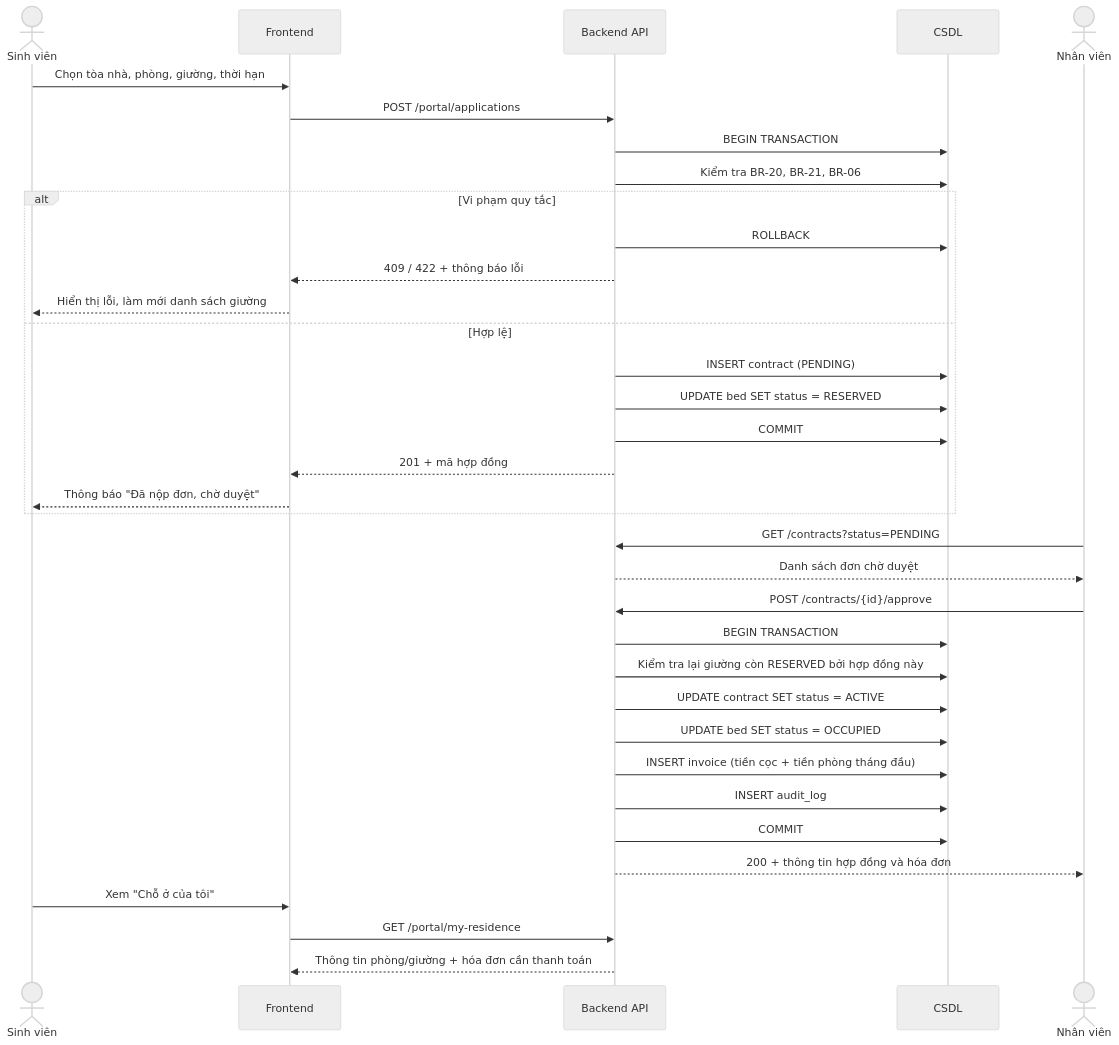
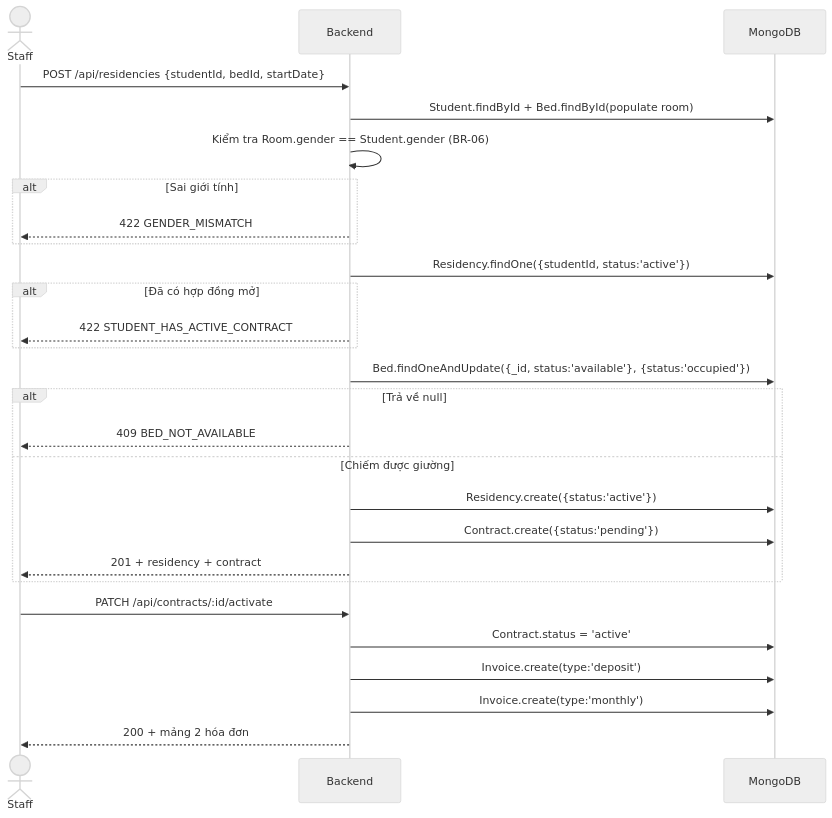
One commit to NguyenMinh205/FE_QuanLyKTX changed the ninth of 11 diagrams in docs/03-PHAN-TICH-NGHIEP-VU.md. Above: the diagram before and after it, drawn with Mermaid (neutral theme). The commit also changed other lines of this file and 45 other files, not shown here.

````diff
--- a/docs/03-PHAN-TICH-NGHIEP-VU.md
+++ b/docs/03-PHAN-TICH-NGHIEP-VU.md
@@ -266,39 +434,31 @@
 ```mermaid
 sequenceDiagram
-    actor SV as Sinh viên
-    participant FE as Frontend
-    participant API as Backend API
-    participant DB as CSDL
-    actor NV as Nhân viên
+    actor NV as Staff
+    participant API as Backend
+    participant DB as MongoDB
 
-    SV->>FE: Chọn tòa nhà, phòng, giường, thời hạn
-    FE->>API: POST /portal/applications
-    API->>DB: BEGIN TRANSACTION
-    API->>DB: Kiểm tra BR-20, BR-21, BR-06
-    alt Vi phạm quy tắc
-        API->>DB: ROLLBACK
-        API-->>FE: 409 / 422 + thông báo lỗi
-        FE-->>SV: Hiển thị lỗi, làm mới danh sách giường
-    else Hợp lệ
-        API->>DB: INSERT contract (PENDING)
-        API->>DB: UPDATE bed SET status = RESERVED
-        API->>DB: COMMIT
-        API-->>FE: 201 + mã hợp đồng
-        FE-->>SV: Thông báo "Đã nộp đơn, chờ duyệt"
+    NV->>API: POST /api/residencies {studentId, bedId, startDate}
+    API->>DB: Student.findById + Bed.findById(populate room)
+    API->>API: Kiểm tra Room.gender == Student.gender (BR-06)
+    alt Sai giới tính
+        API-->>NV: 422 GENDER_MISMATCH
+    end
+    API->>DB: Residency.findOne({studentId, status:'active'})
+    alt Đã có hợp đồng mở
+        API-->>NV: 422 STUDENT_HAS_ACTIVE_CONTRACT
+    end
+    API->>DB: Bed.findOneAndUpdate({_id, status:'available'}, {status:'occupied'})
+    alt Trả về null
+        API-->>NV: 409 BED_NOT_AVAILABLE
+    else Chiếm được giường
+        API->>DB: Residency.create({status:'active'})
+        API->>DB: Contract.create({status:'pending'})
+        API-->>NV: 201 + residency + contract
     end
 
-    NV->>API: GET /contracts?status=PENDING
-    API-->>NV: Danh sách đơn chờ duyệt
-    NV->>API: POST /contracts/{id}/approve
-    API->>DB: BEGIN TRANSACTION
-    API->>DB: Kiểm tra lại giường còn RESERVED bởi hợp đồng này
-    API->>DB: UPDATE contract SET status = ACTIVE
-    API->>DB: UPDATE bed SET status = OCCUPIED
-    API->>DB: INSERT invoice (tiền cọc + tiền phòng tháng đầu)
-    API->>DB: INSERT audit_log
-    API->>DB: COMMIT
-    API-->>NV: 200 + thông tin hợp đồng và hóa đơn
-    SV->>FE: Xem "Chỗ ở của tôi"
-    FE->>API: GET /portal/my-residence
-    API-->>FE: Thông tin phòng/giường + hóa đơn cần thanh toán
+    NV->>API: PATCH /api/contracts/:id/activate
+    API->>DB: Contract.status = 'active'
+    API->>DB: Invoice.create(type:'deposit')
+    API->>DB: Invoice.create(type:'monthly')
+    API-->>NV: 200 + mảng 2 hóa đơn
 ```
````
